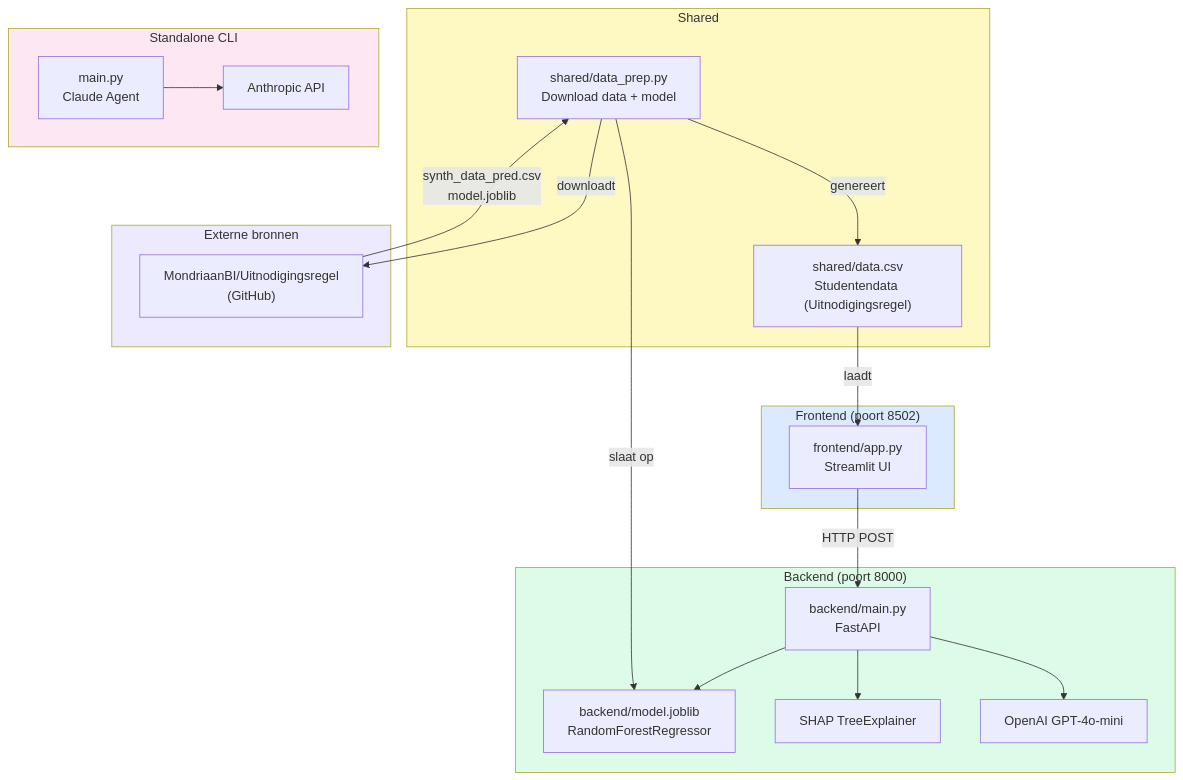
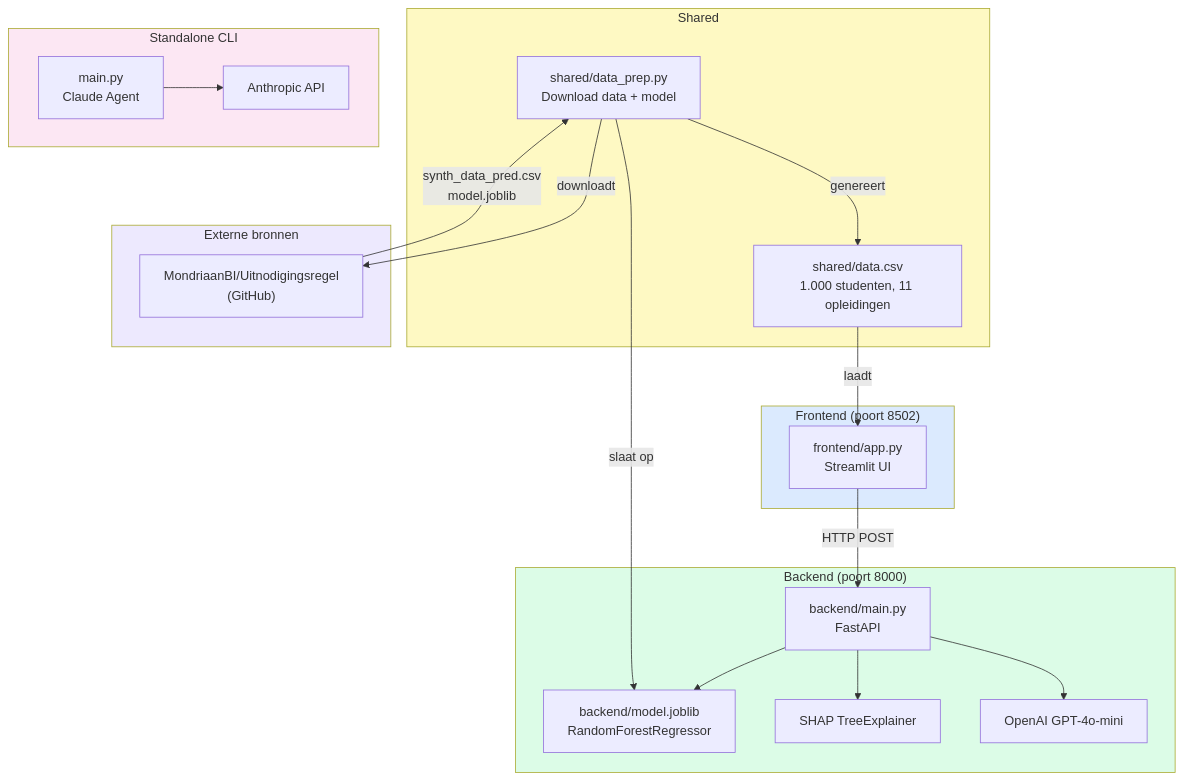
The first of 2 diagrams in edupulse/docs/architectuur.md (cedanl/Assistentie), drawn with Mermaid before and after one commit. The commit also changed other lines of this file and 10 other files, not shown here.

````diff
--- a/edupulse/docs/architectuur.md
+++ b/edupulse/docs/architectuur.md
@@ -5,44 +5,44 @@
 ```mermaid
 graph TB
     subgraph Frontend["Frontend (poort 8502)"]
         APP["frontend/app.py\nStreamlit UI"]
     end
 
     subgraph Backend["Backend (poort 8000)"]
         API["backend/main.py\nFastAPI"]
         MODEL["backend/model.joblib\nRandomForestRegressor"]
         SHAP["SHAP TreeExplainer"]
         OPENAI["OpenAI GPT-4o-mini"]
     end
 
     subgraph Shared["Shared"]
-        DATA["shared/data.csv\nStudentendata (Uitnodigingsregel)"]
+        DATA["shared/data.csv\n1.000 studenten, 11 opleidingen"]
         PREP["shared/data_prep.py\nDownload data + model"]
     end
 
     subgraph Bron["Externe bronnen"]
         UITNODIG["MondriaanBI/Uitnodigingsregel\n(GitHub)"]
     end
 
     subgraph Standalone["Standalone CLI"]
         MAIN["main.py\nClaude Agent"]
         ANTHROPIC["Anthropic API"]
     end
 
     APP -->|"HTTP POST"| API
     API --> MODEL
     API --> SHAP
     API --> OPENAI
     PREP -->|"downloadt"| UITNODIG
     UITNODIG -->|"synth_data_pred.csv\nmodel.joblib"| PREP
     PREP -->|"genereert"| DATA
     PREP -->|"slaat op"| MODEL
     DATA -->|"laadt"| APP
     MAIN --> ANTHROPIC
 
     style Frontend fill:#dbeafe
     style Backend fill:#dcfce7
     style Shared fill:#fef9c3
     style Bron fill:#ede9fe
     style Standalone fill:#fce7f3
 ```
````
